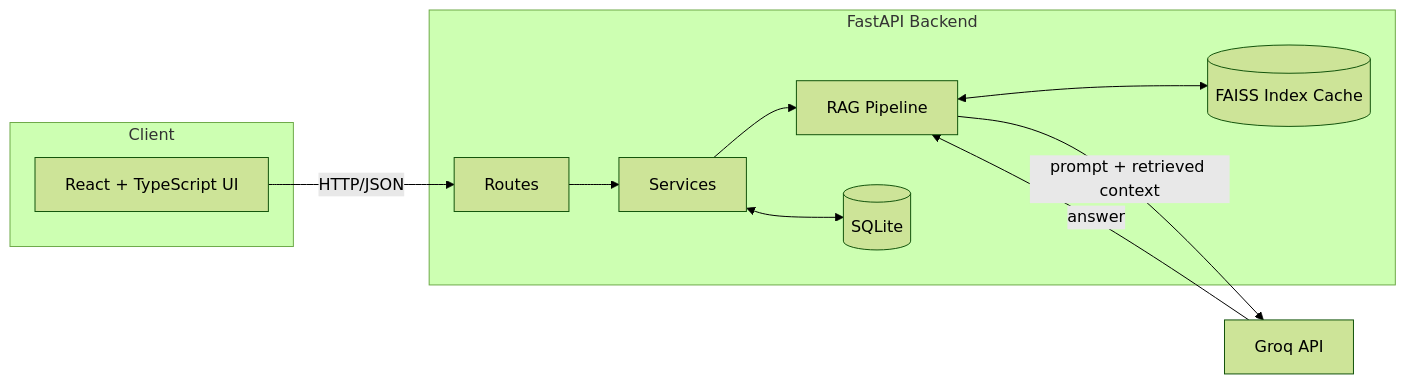
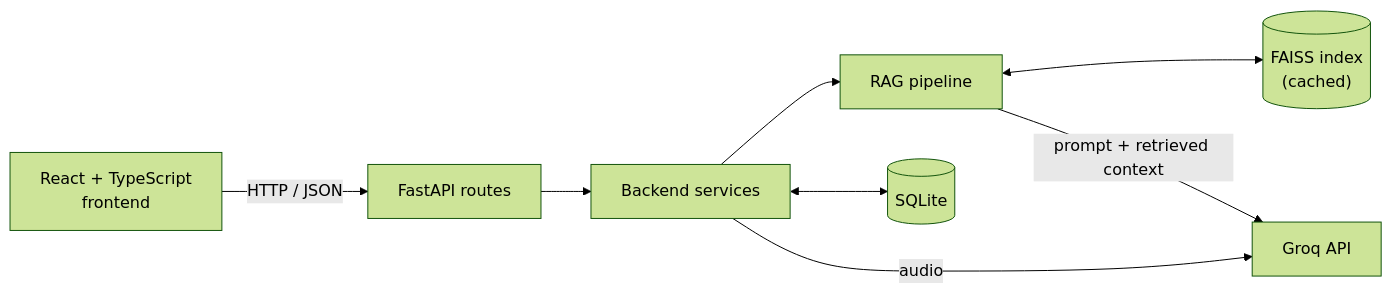
The first of 3 diagrams in README.md (Abdullah-PyDev/MemoAI), drawn with Mermaid (forest theme) before and after one commit. The commit also changed other lines of this file, not shown here.

````diff
--- a/README.md
+++ b/README.md
@@ -62,24 +38,10 @@
 ```mermaid
 flowchart LR
-    subgraph Client
-        UI[React + TypeScript UI]
-    end
-
-    subgraph Backend [FastAPI Backend]
-        API[Routes]
-        SVC[Services]
-        RAG[RAG Pipeline]
-        IDX[(FAISS Index Cache)]
-        DB[(SQLite)]
-    end
-
-    LLM[Groq API]
-
-    UI -- HTTP/JSON --> API
-    API --> SVC
-    SVC --> RAG
-    RAG <--> IDX
-    SVC <--> DB
-    RAG -- prompt + retrieved context --> LLM
-    LLM -- answer --> RAG
+    UI["React + TypeScript<br/>frontend"] -->|HTTP / JSON| R["FastAPI routes"]
+    R --> S["Backend services"]
+    S --> P["RAG pipeline"]
+    P <--> F[("FAISS index<br/>(cached)")]
+    S <--> D[("SQLite")]
+    P -->|prompt + retrieved context| G["Groq API"]
+    S -->|audio| G
 ```
````
